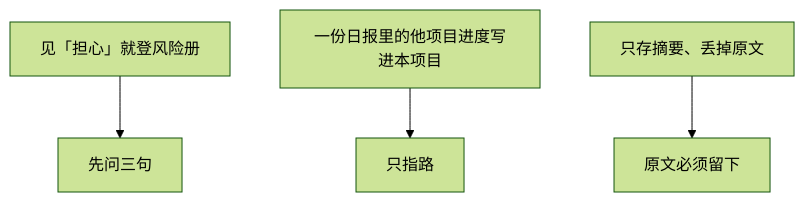
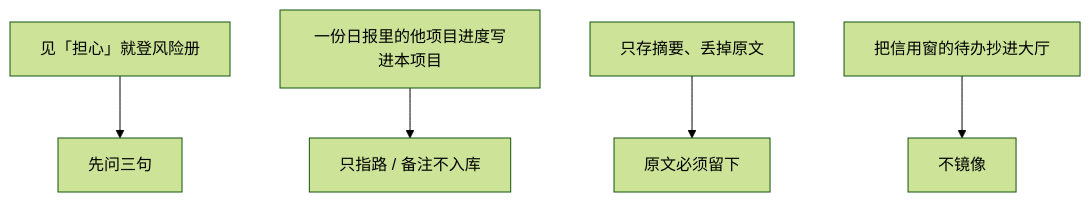
The third of 3 diagrams in examples/06-记日报.md (qiusuo0226/chrono-pm-skill), drawn with Mermaid (forest theme) before and after one commit. The commit also changed other lines of this file and 4 other files, not shown here.

````diff
--- a/examples/06-记日报.md
+++ b/examples/06-记日报.md
@@ -98,6 +132,7 @@
 ```mermaid
 flowchart TB
     N1["见「担心」就登风险册"] --> NO["先问三句"]
-    N2["一份日报里的他项目进度写进本项目"] --> NO2["只指路"]
+    N2["一份日报里的他项目进度写进本项目"] --> NO2["只指路 / 备注不入库"]
     N3["只存摘要、丢掉原文"] --> NO3["原文必须留下"]
+    N4["把信用窗的待办抄进大厅"] --> NO4["不镜像"]
 ```
````
